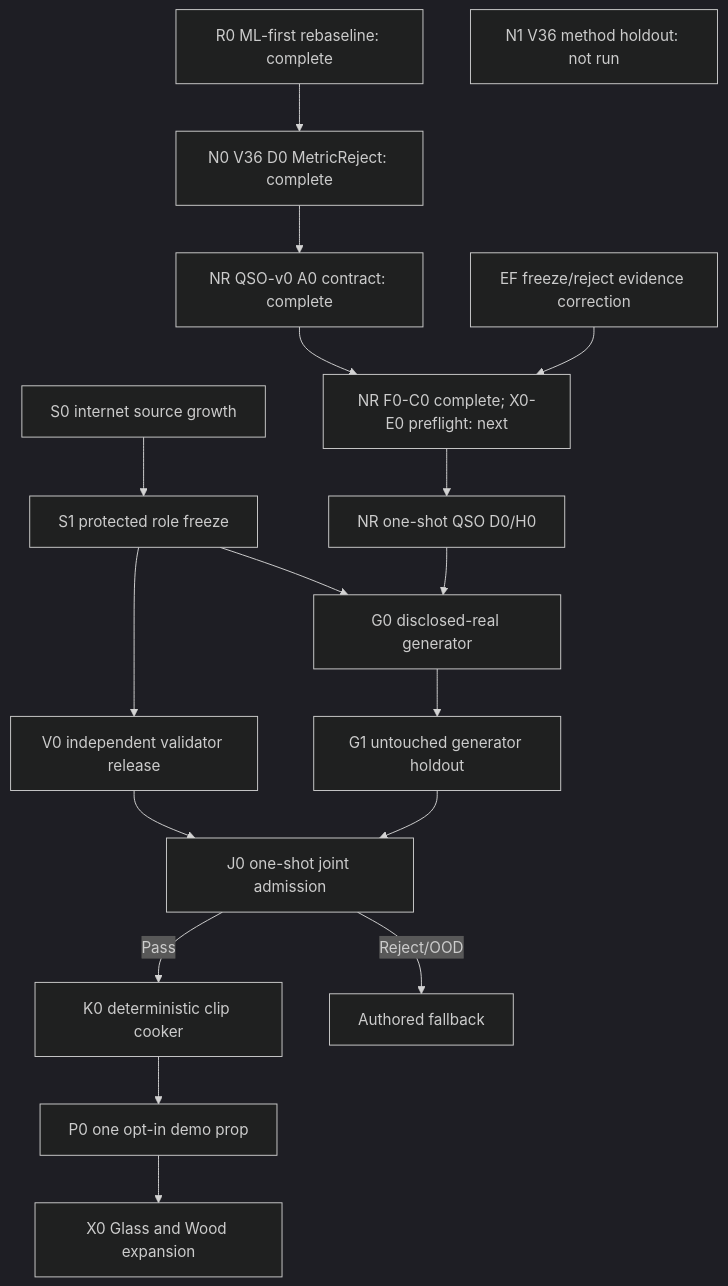
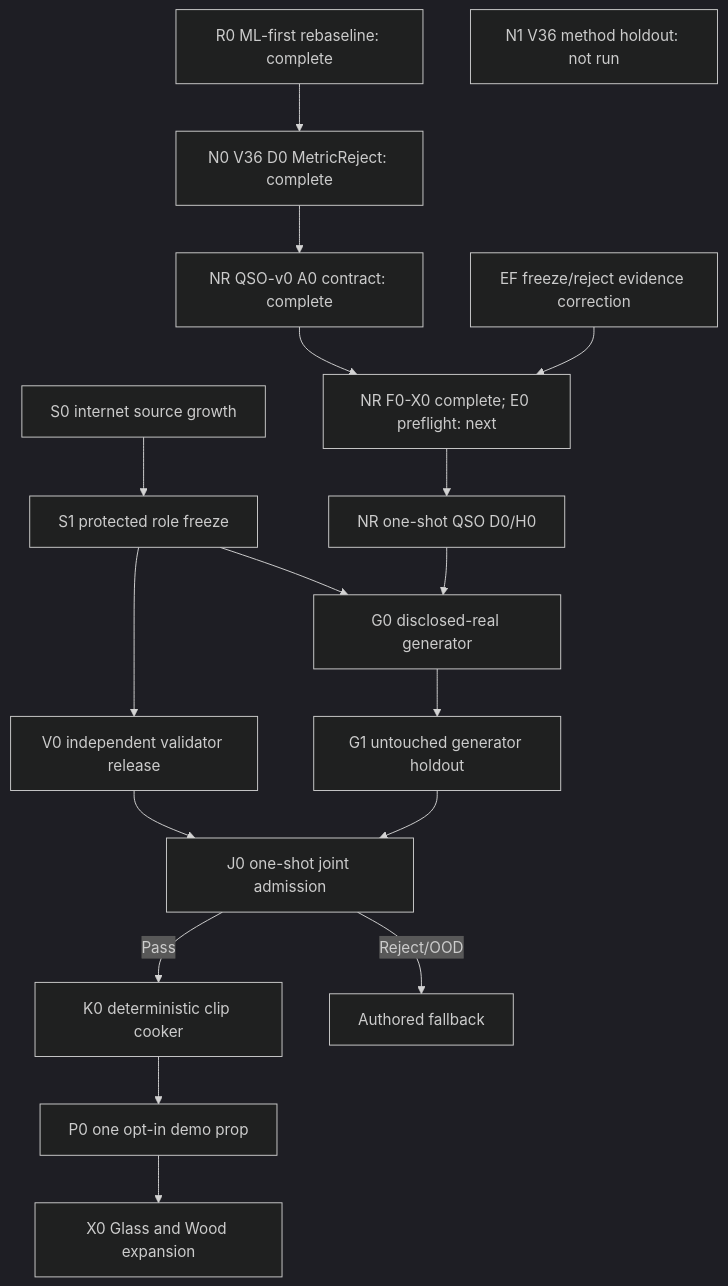
The diagram in docs/plans/physical-sound-synthesis-roadmap-v37.md (kaifaty/NextEngine), drawn with Mermaid (dark theme) before and after one commit. The commit also changed other lines of this file and 3 other files, not shown here.

````diff
--- a/docs/plans/physical-sound-synthesis-roadmap-v37.md
+++ b/docs/plans/physical-sound-synthesis-roadmap-v37.md
@@ -100,21 +100,21 @@
 ```mermaid
 flowchart TD
     R0["R0 ML-first rebaseline: complete"] --> N0["N0 V36 D0 MetricReject: complete"]
     N0 --> NRA["NR QSO-v0 A0 contract: complete"]
-    NRA --> NRF["NR F0-C0 complete; X0-E0 preflight: next"]
+    NRA --> NRF["NR F0-X0 complete; E0 preflight: next"]
     NRF --> NRD["NR one-shot QSO D0/H0"]
     N1["N1 V36 method holdout: not run"]
     EF["EF freeze/reject evidence correction"] --> NRF
 
     S0["S0 internet source growth"] --> S1["S1 protected role freeze"]
     S1 --> V0["V0 independent validator release"]
     S1 --> G0
     NRD --> G0["G0 disclosed-real generator"]
     G0 --> G1["G1 untouched generator holdout"]
     V0 --> J0["J0 one-shot joint admission"]
     G1 --> J0
     J0 -->|"Pass"| K0["K0 deterministic clip cooker"]
     J0 -->|"Reject/OOD"| FB["Authored fallback"]
     K0 --> P0["P0 one opt-in demo prop"]
     P0 --> X0["X0 Glass and Wood expansion"]
 ```
````
